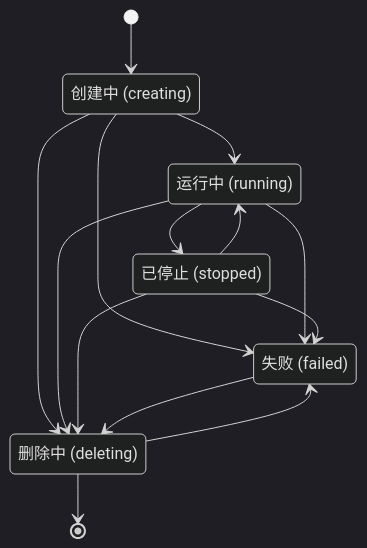
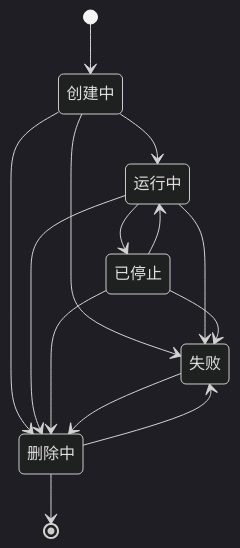
Before and after one commit to ExplodingDragon/gitea-dev: the first of 4 diagrams in src/state-machine.md, drawn with Mermaid (dark theme). The commit also changed other lines of this file and 8 other files, not shown here.

````diff
--- a/src/state-machine.md
+++ b/src/state-machine.md
@@ -37,24 +37,24 @@
 ```mermaid
 stateDiagram-v2
     direction TB
 
-    creating: 创建中 (creating)
-    running: 运行中 (running)
-    stopped: 已停止 (stopped)
-    deleting: 删除中 (deleting)
-    failed: 失败 (failed)
+    creating: 创建中
+    running: 运行中
+    stopped: 已停止
+    deleting: 删除中
+    failed: 失败
 
     [*] --> creating
     creating --> running
     creating --> failed
     running --> stopped
     running --> failed
     stopped --> running
     stopped --> failed
     creating --> deleting
     running --> deleting
     stopped --> deleting
     failed --> deleting
     deleting --> [*]
     deleting --> failed
 ```
````
